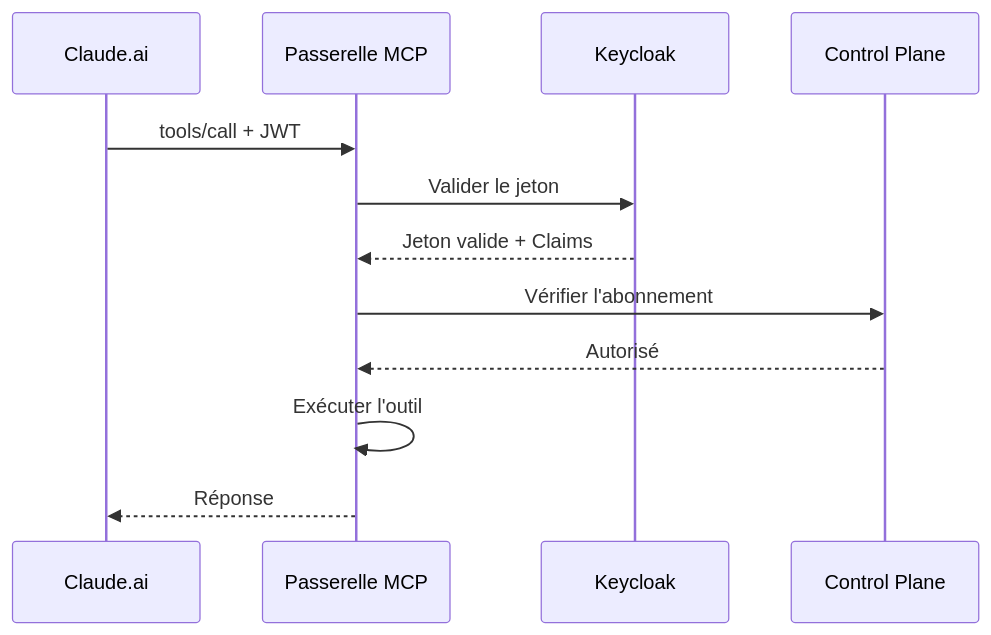
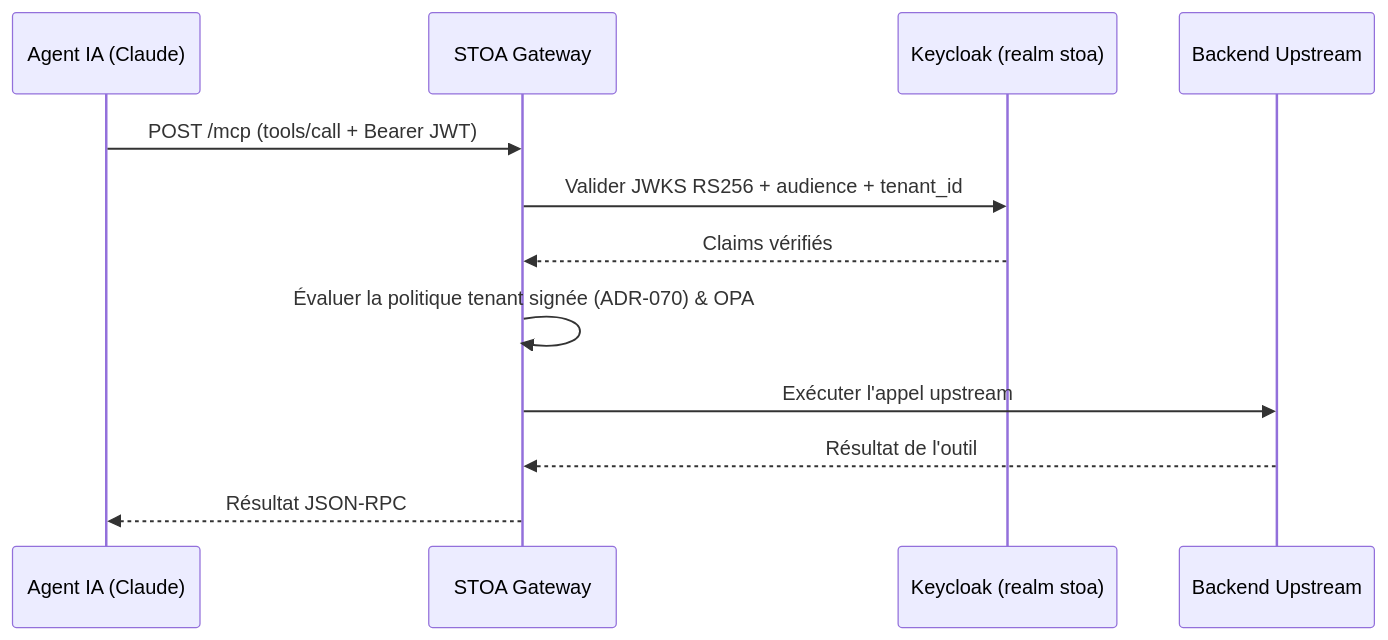
One commit to stoa-platform/stoa-docs changed the second of 2 diagrams in i18n/fr/docusaurus-plugin-content-docs/current/concepts/mcp-gateway.md. Above: the diagram before and after it, drawn with Mermaid. The commit also changed other lines of this file and 31 other files, not shown here.

First line of the commit message:
docs(arch): align architecture, tenant model, secrets, and ADR index with ADR-073/074/075 (EN/FR)

````diff
--- a/i18n/fr/docusaurus-plugin-content-docs/current/concepts/mcp-gateway.md
+++ b/i18n/fr/docusaurus-plugin-content-docs/current/concepts/mcp-gateway.md
@@ -88,15 +82,15 @@
 ```mermaid
 sequenceDiagram
-    participant Claude as Claude.ai
-    participant MCP as Passerelle MCP
-    participant KC as Keycloak
-    participant CP as Control Plane
+    participant Claude as Agent IA (Claude)
+    participant MCP as STOA Gateway
+    participant KC as Keycloak (realm stoa)
+    participant API as Backend Upstream
 
-    Claude->>MCP: tools/call + JWT
-    MCP->>KC: Valider le jeton
-    KC-->>MCP: Jeton valide + Claims
-    MCP->>CP: Vérifier l'abonnement
-    CP-->>MCP: Autorisé
-    MCP->>MCP: Exécuter l'outil
-    MCP-->>Claude: Réponse
+    Claude->>MCP: POST /mcp (tools/call + Bearer JWT)
+    MCP->>KC: Valider JWKS RS256 + audience + tenant_id
+    KC-->>MCP: Claims vérifiés
+    MCP->>MCP: Évaluer la politique tenant signée (ADR-070) & OPA
+    MCP->>API: Exécuter l'appel upstream
+    API-->>MCP: Résultat de l'outil
+    MCP-->>Claude: Résultat JSON-RPC
 ```
````
